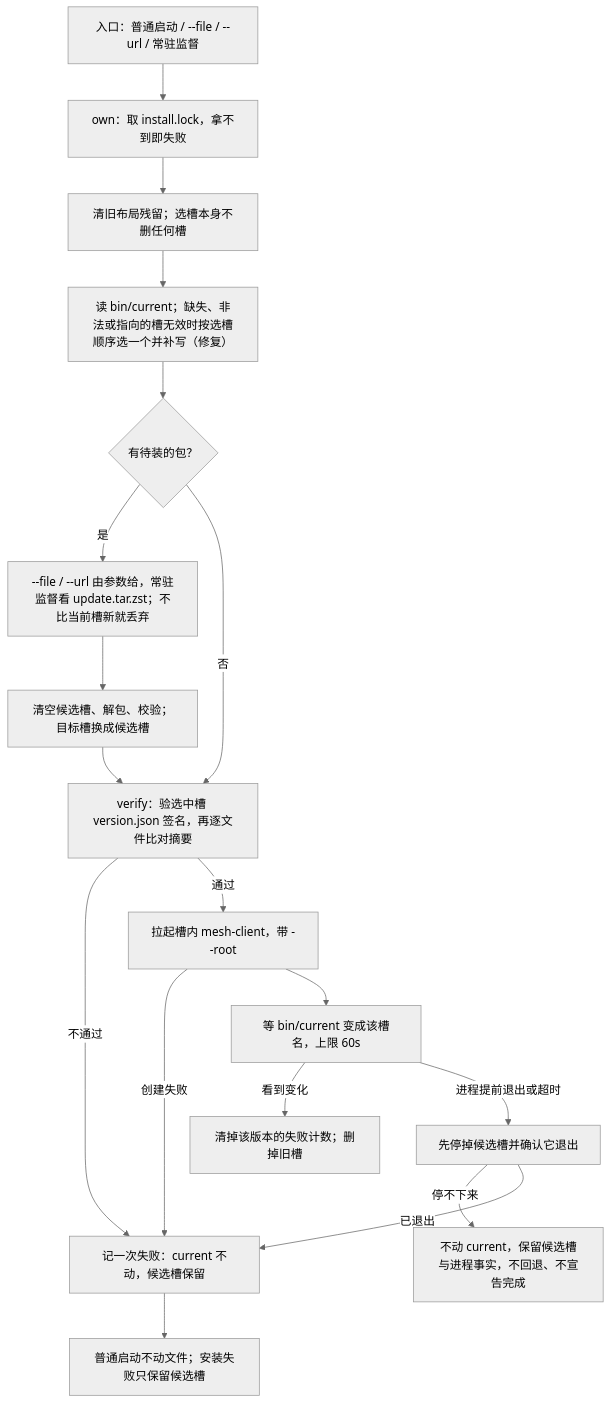
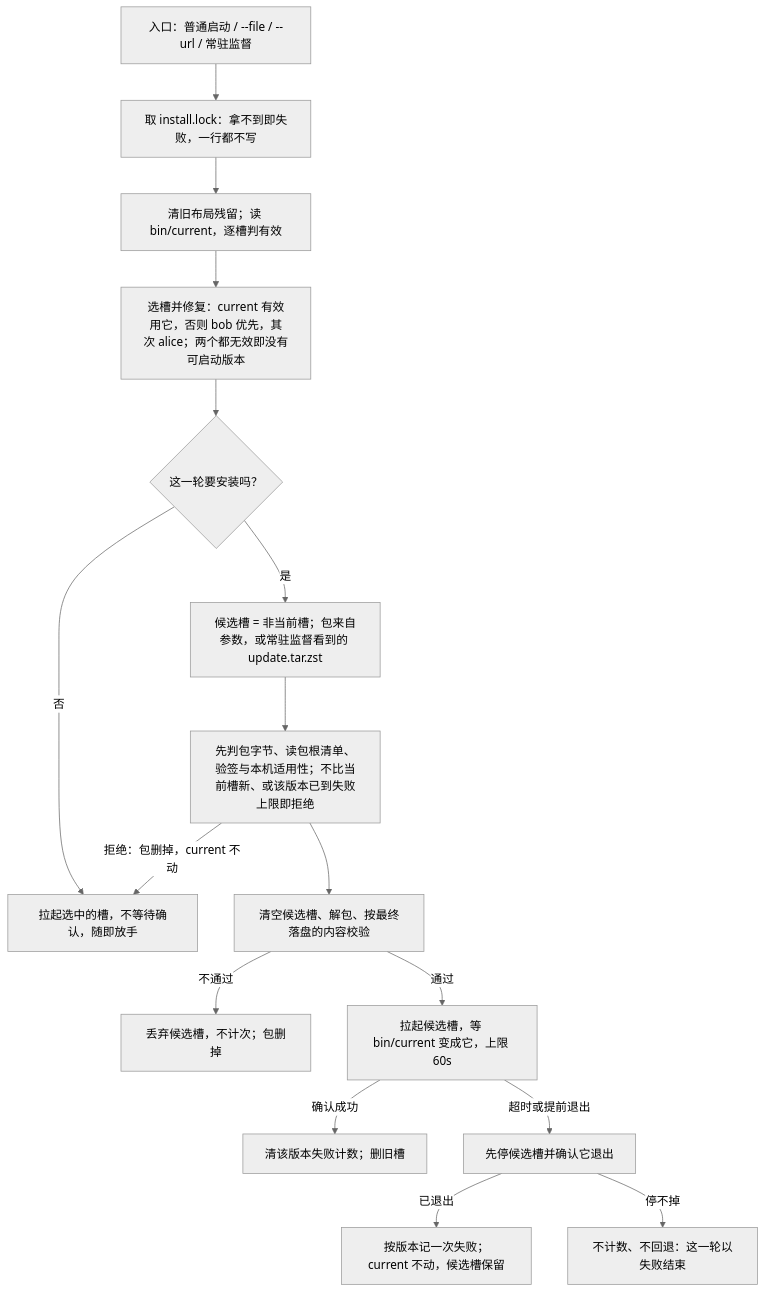
One commit to hiromuraki/mesh-client changed the third of 8 diagrams in docs/states.md. Above: the diagram before and after it, drawn with Mermaid (neutral theme). The commit also changed other lines of this file and 14 other files, not shown here.

````diff
--- a/docs/states.md
+++ b/docs/states.md
@@ -104,20 +104,18 @@
 ```mermaid
 flowchart TD
-  A["入口：普通启动 / --file / --url / 常驻监督"] --> B["own：取 install.lock，拿不到即失败"]
-  B --> B2["清旧布局残留；选槽本身不删任何槽"]
-  B2 --> C["读 bin/current；缺失、非法或指向的槽无效时按选槽顺序选一个并补写（修复）"]
-  C --> D{"有待装的包？"}
-  D -- 是 --> E["--file / --url 由参数给，常驻监督看 update.tar.zst；不比当前槽新就丢弃"]
-  D -- 否 --> F["verify：验选中槽 version.json 签名，再逐文件比对摘要"]
-  E --> G["清空候选槽、解包、校验；目标槽换成候选槽"]
-  G --> F
-  F -- 不通过 --> H["记一次失败：current 不动，候选槽保留"]
-  F -- 通过 --> I["拉起槽内 mesh-client，带 --root"]
-  I -- 创建失败 --> H
-  I --> J["等 bin/current 变成该槽名，上限 60s"]
-  J -- 看到变化 --> K["清掉该版本的失败计数；删掉旧槽"]
-  J -- 进程提前退出或超时 --> L["先停掉候选槽并确认它退出"]
-  L -- 停不下来 --> M["不动 current，保留候选槽与进程事实，不回退、不宣告完成"]
-  L -- 已退出 --> H
-  H --> N["普通启动不动文件；安装失败只保留候选槽"]
+  A["入口：普通启动 / --file / --url / 常驻监督"] --> B["取 install.lock：拿不到即失败，一行都不写"]
+  B --> C["清旧布局残留；读 bin/current，逐槽判有效"]
+  C --> D["选槽并修复：current 有效用它，否则 bob 优先，其次 alice；两个都无效即没有可启动版本"]
+  D --> E{"这一轮要安装吗？"}
+  E -- 否 --> F["拉起选中的槽，不等待确认，随即放手"]
+  E -- 是 --> G["候选槽 = 非当前槽；包来自参数，或常驻监督看到的 update.tar.zst"]
+  G --> H["先判包字节、读包根清单、验签与本机适用性；不比当前槽新、或该版本已到失败上限即拒绝"]
+  H -- 拒绝：包删掉，current 不动 --> F
+  H --> I["清空候选槽、解包、按最终落盘的内容校验"]
+  I -- 不通过 --> J["丢弃候选槽，不计次；包删掉"]
+  I -- 通过 --> K["拉起候选槽，等 bin/current 变成它，上限 60s"]
+  K -- 确认成功 --> L["清该版本失败计数；删旧槽"]
+  K -- 超时或提前退出 --> M["先停候选槽并确认它退出"]
+  M -- 已退出 --> N["按版本记一次失败；current 不动，候选槽保留"]
+  M -- 停不掉 --> O["不计数、不回退：这一轮以失败结束"]
 ```
````
